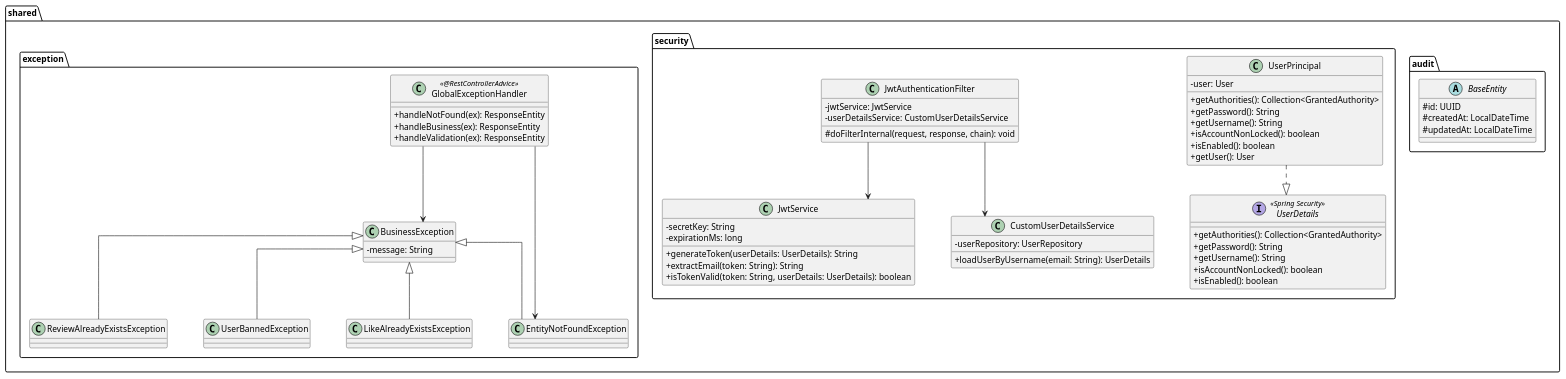
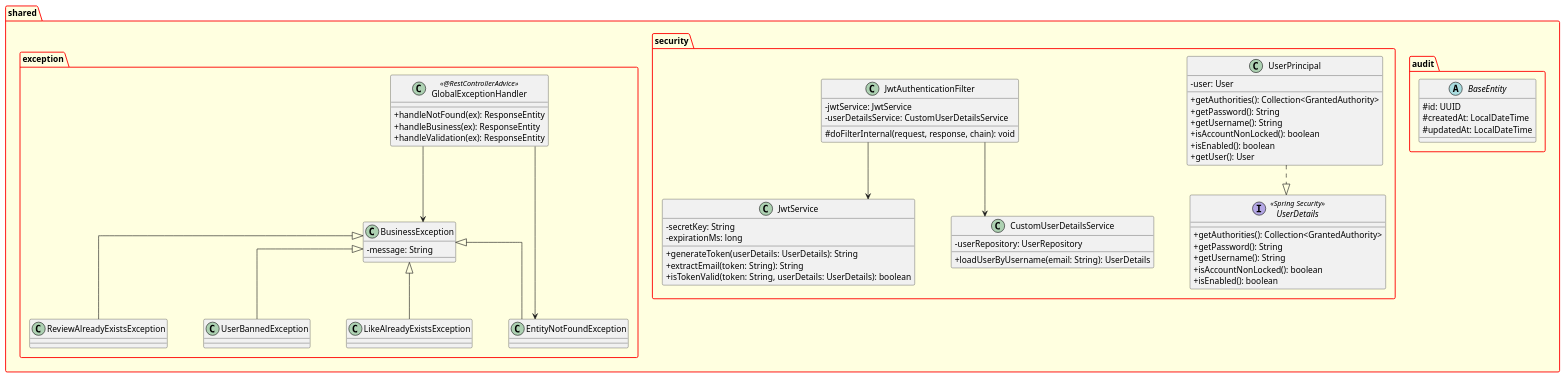
One commit to Kelvin-de-Oliveira/filme-note changed the diagram in docs/diagrams/class_diagram/puml/class_diagram_parts/01-shared.puml. Above: the diagram before and after it, drawn with PlantUML. The commit also changed 8 other files, not shown here.

Commit message:
docs: update diagrams puml

```diff
--- a/docs/diagrams/class_diagram/puml/class_diagram_parts/01-shared.puml
+++ b/docs/diagrams/class_diagram/puml/class_diagram_parts/01-shared.puml
@@ -1,90 +1,92 @@
 @startuml 01 - Package: shared
 
 skinparam classAttributeIconSize 0
+skinparam packageBackgroundColor LightYellow
+skinparam packageBorderColor Red
 skinparam linetype ortho
 skinparam nodesep 60
 skinparam ranksep 50
 
 package "shared.audit" {
   abstract class BaseEntity {
     # id: UUID
     # createdAt: LocalDateTime
     # updatedAt: LocalDateTime
   }
 }
 
 package "shared.security" {
   interface UserDetails << Spring Security >> {
     + getAuthorities(): Collection<GrantedAuthority>
     + getPassword(): String
     + getUsername(): String
     + isAccountNonLocked(): boolean
     + isEnabled(): boolean
   }
 
   class UserPrincipal {
     - user: User
     + getAuthorities(): Collection<GrantedAuthority>
     + getPassword(): String
     + getUsername(): String
     + isAccountNonLocked(): boolean
     + isEnabled(): boolean
     + getUser(): User
   }
 
   class JwtService {
     - secretKey: String
     - expirationMs: long
     + generateToken(userDetails: UserDetails): String
     + extractEmail(token: String): String
     + isTokenValid(token: String, userDetails: UserDetails): boolean
   }
 
   class JwtAuthenticationFilter {
     - jwtService: JwtService
     - userDetailsService: CustomUserDetailsService
     # doFilterInternal(request, response, chain): void
   }
 
   class CustomUserDetailsService {
     - userRepository: UserRepository
     + loadUserByUsername(email: String): UserDetails
   }
 }
 
 package "shared.exception" {
   class GlobalExceptionHandler << @RestControllerAdvice >> {
     + handleNotFound(ex): ResponseEntity
     + handleBusiness(ex): ResponseEntity
     + handleValidation(ex): ResponseEntity
   }
 
   class BusinessException {
     - message: String
   }
 
   class EntityNotFoundException {
   }
 
   class ReviewAlreadyExistsException {
   }
 
   class UserBannedException {
   }
 
   class LikeAlreadyExistsException {
   }
 }
 
 ' Relations
 UserPrincipal ..|> UserDetails
 JwtAuthenticationFilter --> JwtService
 JwtAuthenticationFilter --> CustomUserDetailsService
 GlobalExceptionHandler --> BusinessException
 GlobalExceptionHandler --> EntityNotFoundException
 BusinessException <|-- EntityNotFoundException
 BusinessException <|-- ReviewAlreadyExistsException
 BusinessException <|-- UserBannedException
 BusinessException <|-- LikeAlreadyExistsException
 
 @enduml
```
